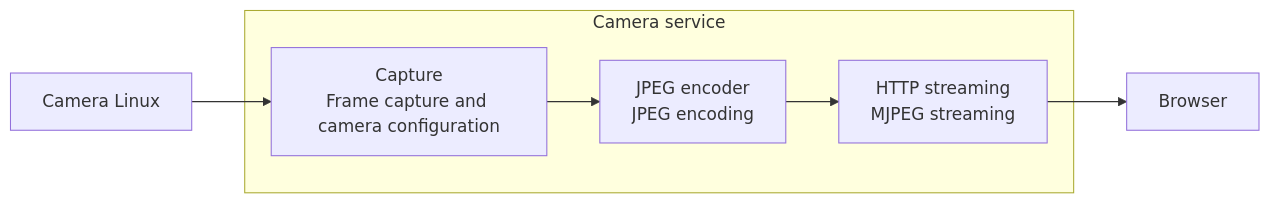
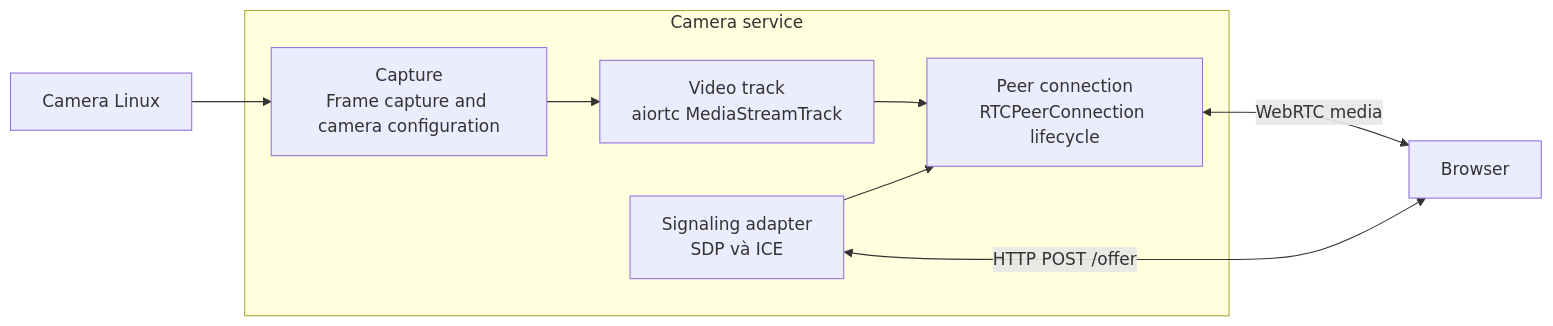
One commit to dugati201-glitch/digital_twin changed the second of 2 diagrams in docs/03-components.md. Above: the diagram before and after it, drawn with Mermaid. The commit also changed other lines of this file and 18 other files, not shown here.

Commit message:
Replace camera MJPEG stream with WebRTC

````diff
--- a/docs/03-components.md
+++ b/docs/03-components.md
@@ -50,17 +52,21 @@
 ```mermaid
 flowchart LR
     device["Camera Linux"]
     web["Browser"]
     subgraph camera["Camera service"]
         capture["Capture
 Frame capture and camera configuration"]
-        encoder["JPEG encoder
-JPEG encoding"]
-        http["HTTP streaming
-MJPEG streaming"]
+        track["Video track
+aiortc MediaStreamTrack"]
+        peer["Peer connection
+RTCPeerConnection lifecycle"]
+        signaling["Signaling adapter
+SDP và ICE"]
     end
     device --> capture
-    capture --> encoder
-    encoder --> http
-    http --> web
+    capture --> track
+    track --> peer
+    peer <-->|"WebRTC media"| web
+    signaling <-->|"HTTP POST /offer"| web
+    signaling --> peer
 ```
````
